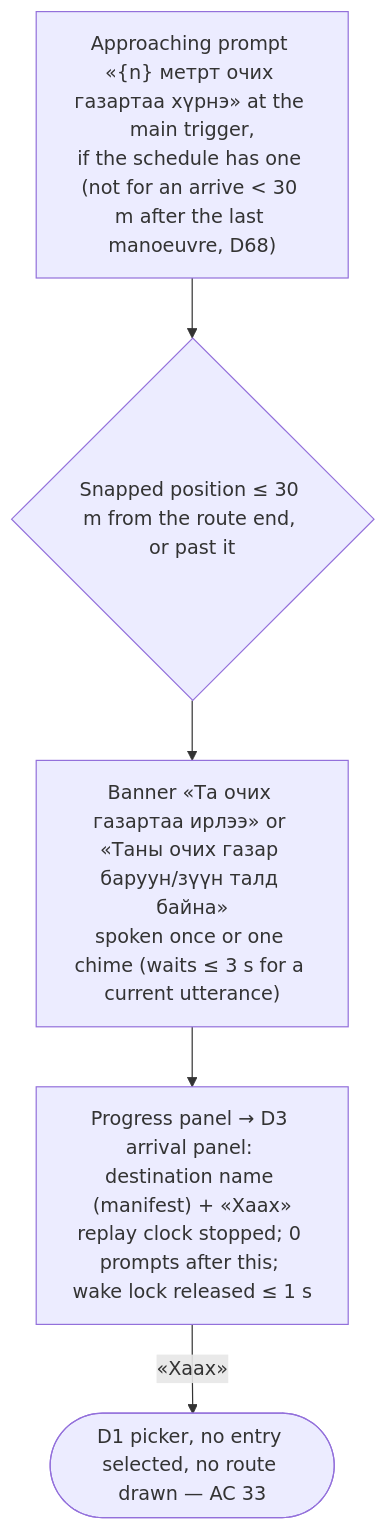
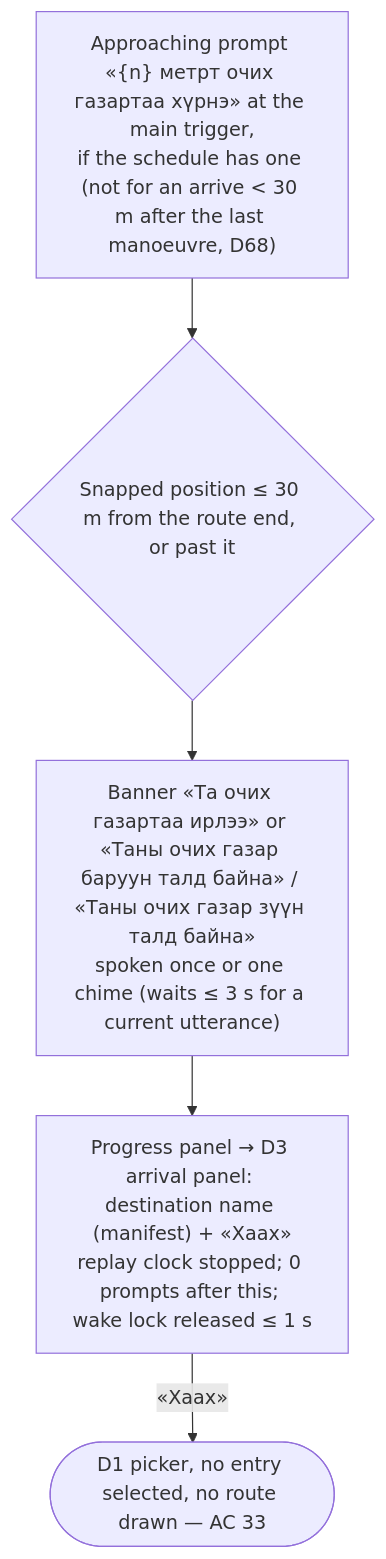
Before and after one commit to Uranbold/test.github.io: the seventh of 8 diagrams in docs/design/flows/NAV-017-web-demo-mode.md, drawn with Mermaid. The commit also changed 43 other files, not shown here.

````diff
--- a/docs/design/flows/NAV-017-web-demo-mode.md
+++ b/docs/design/flows/NAV-017-web-demo-mode.md
@@ -141,7 +141,7 @@
 ```mermaid
 flowchart TD
     A["Approaching prompt «{n} метрт очих газартаа хүрнэ» at the main trigger,<br/>if the schedule has one (not for an arrive < 30 m after the last manoeuvre, D68)"] --> B{"Snapped position ≤ 30 m from the route end, or past it"}
-    B --> C["Banner «Та очих газартаа ирлээ» or «Таны очих газар баруун/зүүн талд байна»<br/>spoken once or one chime (waits ≤ 3 s for a current utterance)"]
+    B --> C["Banner «Та очих газартаа ирлээ» or «Таны очих газар баруун талд байна» / «Таны очих газар зүүн талд байна»<br/>spoken once or one chime (waits ≤ 3 s for a current utterance)"]
     C --> D["Progress panel → D3 arrival panel: destination name (manifest) + «Хаах»<br/>replay clock stopped; 0 prompts after this; wake lock released ≤ 1 s"]
     D -- "«Хаах»" --> E(["D1 picker, no entry selected, no route drawn — AC 33"])
 ```
````
